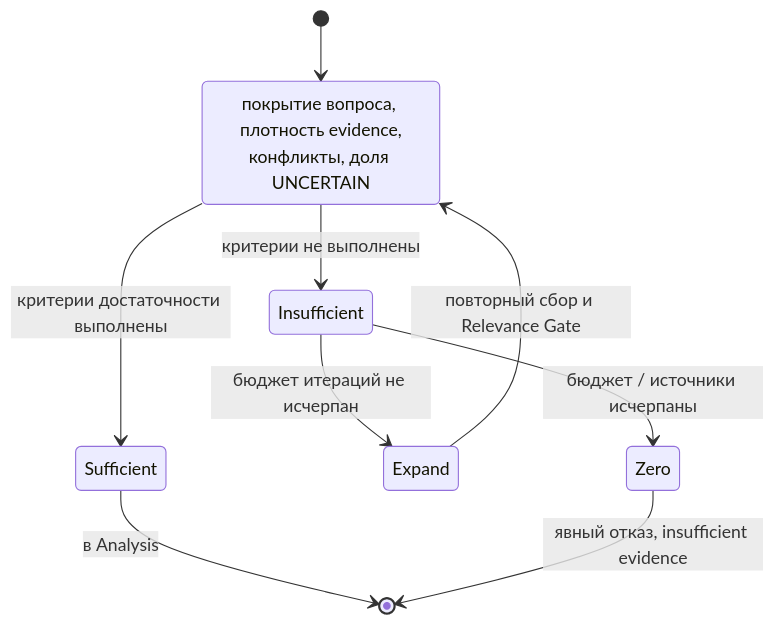
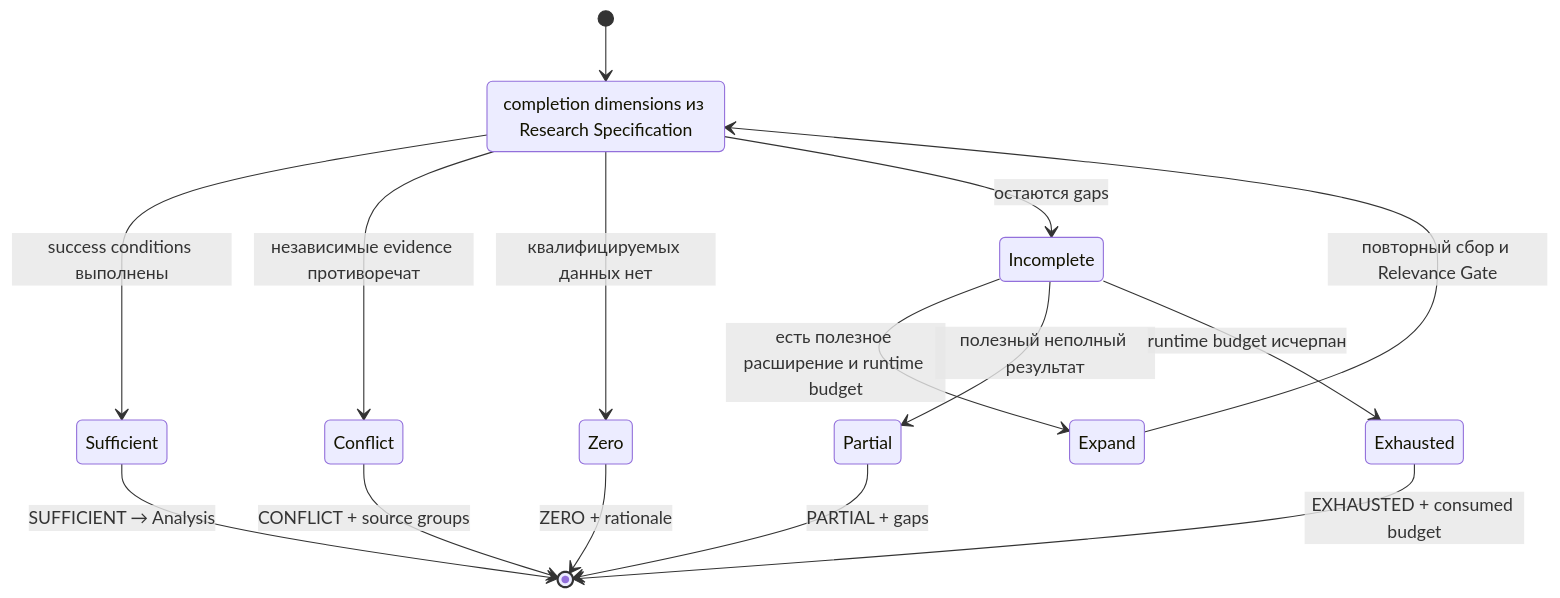
The fifth of 8 diagrams in docs/architecture.md (G-Ivan-A/aether-orbis), drawn with Mermaid before and after one commit. The commit also changed other lines of this file and 10 other files, not shown here.

````diff
--- a/docs/architecture.md
+++ b/docs/architecture.md
@@ -145,12 +152,18 @@
 ```mermaid
 stateDiagram-v2
     [*] --> Evaluate
-    Evaluate: покрытие вопроса, плотность evidence,<br/>конфликты, доля UNCERTAIN
-    Evaluate --> Sufficient: критерии достаточности выполнены
-    Evaluate --> Insufficient: критерии не выполнены
-    Insufficient --> Expand: бюджет итераций не исчерпан
+    Evaluate: completion dimensions из Research Specification
+    Evaluate --> Sufficient: success conditions выполнены
+    Evaluate --> Conflict: независимые evidence противоречат
+    Evaluate --> Zero: квалифицируемых данных нет
+    Evaluate --> Incomplete: остаются gaps
+    Incomplete --> Expand: есть полезное расширение и runtime budget
     Expand --> Evaluate: повторный сбор и Relevance Gate
-    Insufficient --> Zero: бюджет / источники исчерпаны
-    Sufficient --> [*]: в Analysis
-    Zero --> [*]: явный отказ, insufficient evidence
+    Incomplete --> Partial: полезный неполный результат
+    Incomplete --> Exhausted: runtime budget исчерпан
+    Sufficient --> [*]: SUFFICIENT → Analysis
+    Partial --> [*]: PARTIAL + gaps
+    Zero --> [*]: ZERO + rationale
+    Conflict --> [*]: CONFLICT + source groups
+    Exhausted --> [*]: EXHAUSTED + consumed budget
 ```
````
